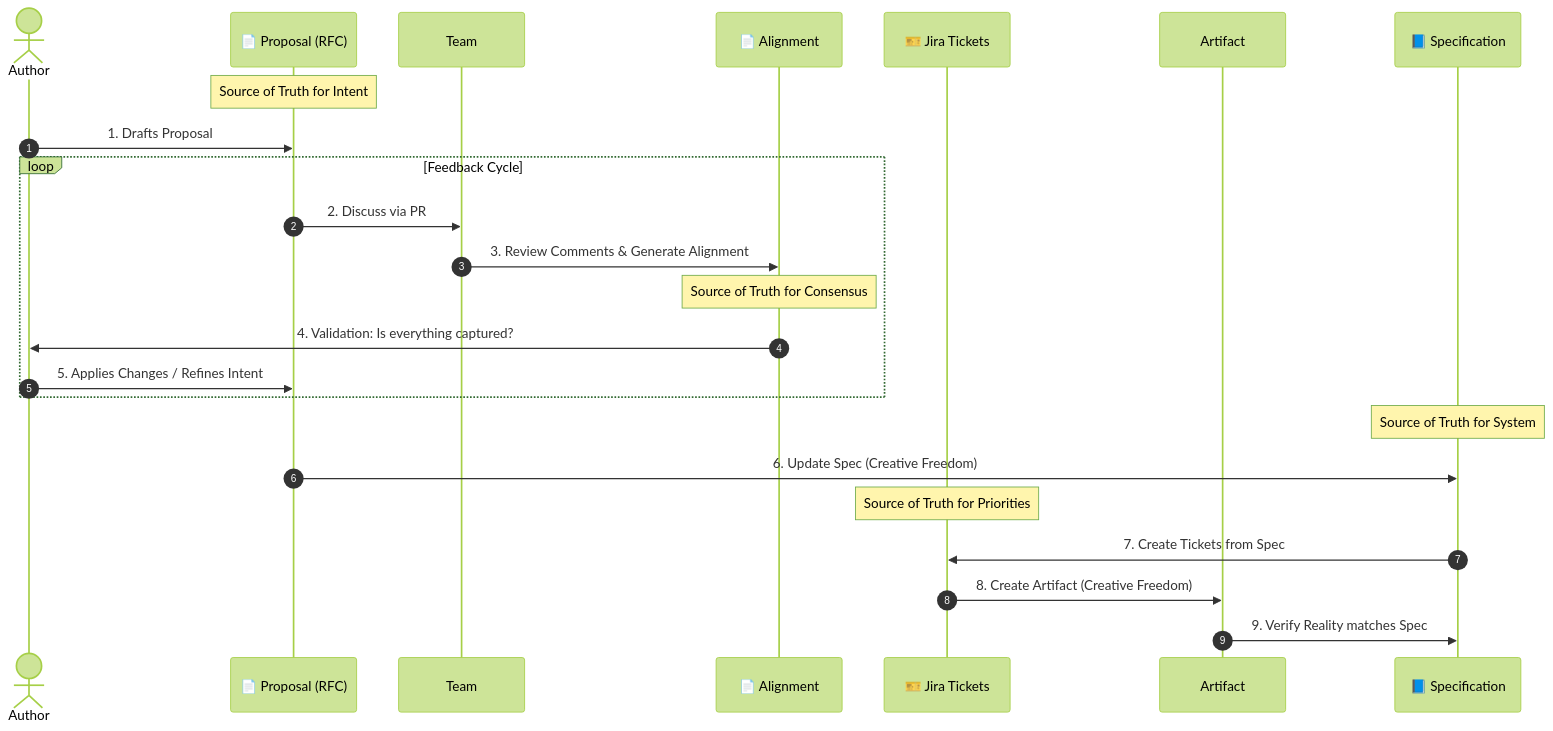
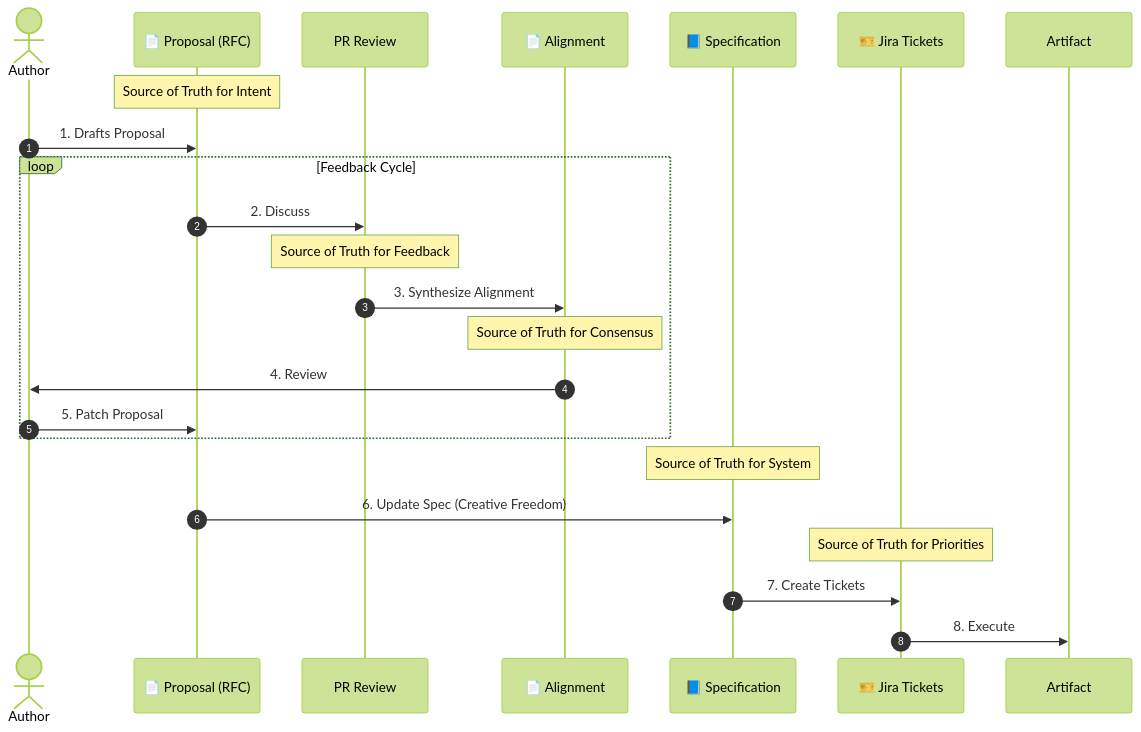
Before and after one commit to idealic-ai/docs: the diagram in company/02_process.md, drawn with Mermaid (forest theme). The commit also changed other lines of this file and 16 other files, not shown here.

````diff
--- a/company/02_process.md
+++ b/company/02_process.md
@@ -65,31 +65,30 @@
 ```mermaid
 sequenceDiagram
     autonumber
     actor Author
     participant Proposal as 📄 Proposal (RFC)
-    participant Team
+    participant PR as PR Review
     participant Alignment as 📄 Alignment
+    participant Spec as 📘 Specification
     participant Jira as 🎫 Jira Tickets
     participant Artifact as Artifact
-    participant Spec as 📘 Specification
 
     Note over Proposal: Source of Truth for Intent
     Author->>Proposal: 1. Drafts Proposal
 
     loop Feedback Cycle
-        Proposal->>Team: 2. Discuss via PR
-        Team->>Alignment: 3. Review Comments & Generate Alignment
-
+        Proposal->>PR: 2. Discuss
+        Note over PR: Source of Truth for Feedback
+        PR->>Alignment: 3. Synthesize Alignment
         Note over Alignment: Source of Truth for Consensus
-        Alignment->>Author: 4. Validation: Is everything captured?
-        Author->>Proposal: 5. Applies Changes / Refines Intent
+        Alignment->>Author: 4. Review
+        Author->>Proposal: 5. Patch Proposal
     end
 
     Note over Spec: Source of Truth for System
     Proposal->>Spec: 6. Update Spec (Creative Freedom)
 
     Note over Jira: Source of Truth for Priorities
-    Spec->>Jira: 7. Create Tickets from Spec
-    Jira->>Artifact: 8. Create Artifact (Creative Freedom)
-    Artifact->>Spec: 9. Verify Reality matches Spec
+    Spec->>Jira: 7. Create Tickets
+    Jira->>Artifact: 8. Execute
 ```
````
